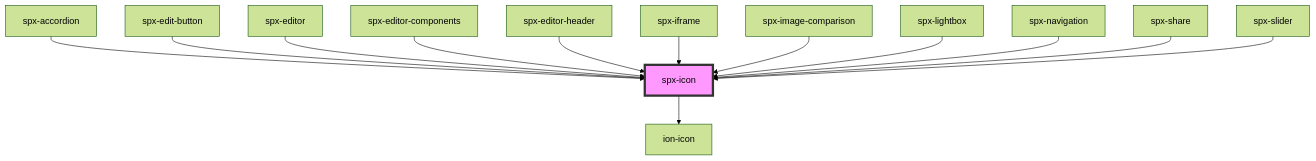
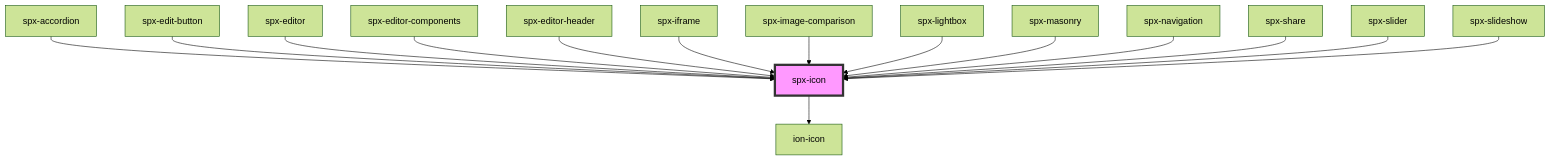
Before and after one commit to dnnsjsk/spx: the diagram in stencil/src/components/elements/spx-icon/readme.md, drawn with Mermaid (forest theme). The commit also changed other lines of this file and 37 other files, not shown here.

````diff
--- a/stencil/src/components/elements/spx-icon/readme.md
+++ b/stencil/src/components/elements/spx-icon/readme.md
@@ -48,16 +50,18 @@
 ```mermaid
 graph TD;
   spx-icon --> ion-icon
   spx-accordion --> spx-icon
   spx-edit-button --> spx-icon
   spx-editor --> spx-icon
   spx-editor-components --> spx-icon
   spx-editor-header --> spx-icon
   spx-iframe --> spx-icon
   spx-image-comparison --> spx-icon
   spx-lightbox --> spx-icon
+  spx-masonry --> spx-icon
   spx-navigation --> spx-icon
   spx-share --> spx-icon
   spx-slider --> spx-icon
+  spx-slideshow --> spx-icon
   style spx-icon fill:#f9f,stroke:#333,stroke-width:4px
 ```
````
